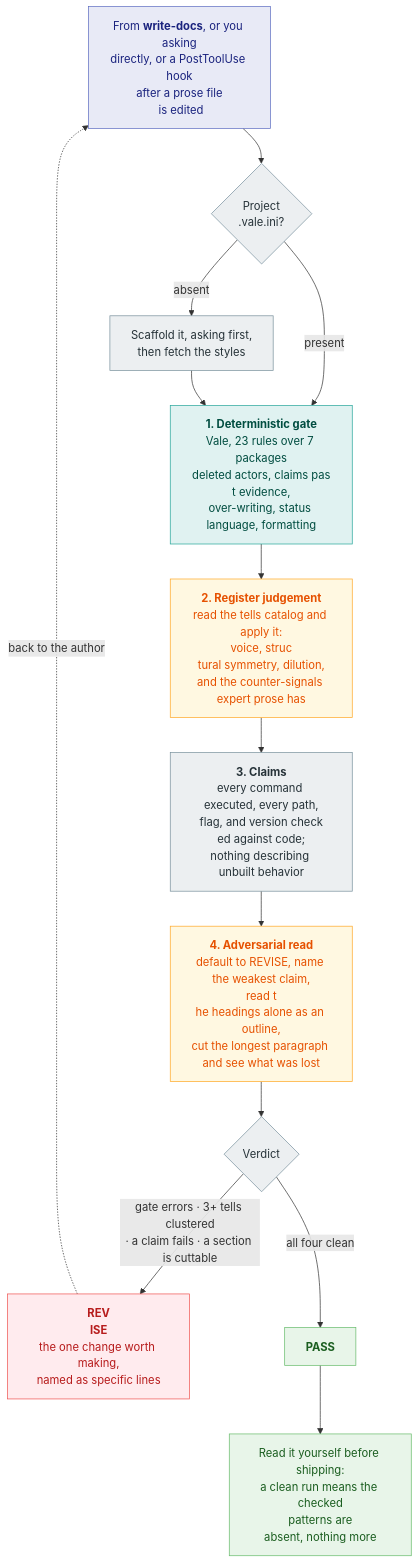
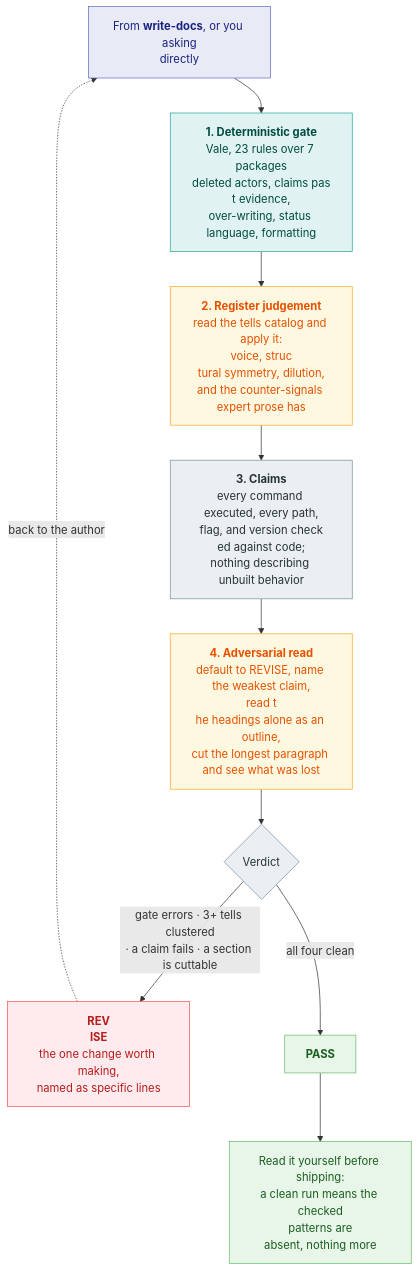
Before and after one commit to srobroek/slopvac: the second of 2 diagrams in README.md, drawn with Mermaid. The commit also changed other lines of this file and 16 other files, not shown here.

````diff
--- a/README.md
+++ b/README.md
@@ -106,46 +97,42 @@
 ```mermaid
 flowchart TD
-    IN["From <b>write-docs</b>, or you asking<br/>directly, or a PostToolUse hook<br/>after a prose file
- is edited"]
+    IN["From <b>write-docs</b>, or you asking<br/>directly"]
 
-    IN --> SETUP{"Project<br/>.vale.ini?"}
-    SETUP -->|absent| SCAFFOLD["Scaffold it, asking first,<br/>then fetch the styles"]
-    SETUP -->|present| GATE
-    SCAFFOLD --> GATE
+    IN --> GATE
 
     GATE["<b>1. Deterministic gate</b><br/>Vale, 23 rules over 7 packages<br/>deleted actors, claims pas
 t evidence,<br/>over-writing, status language, formatting"]
 
     GATE --> REG["<b>2. Register judgement</b><br/>read the tells catalog and apply it:<br/>voice, struc
 tural symmetry, dilution,<br/>and the counter-signals expert prose has"]
 
     REG --> CLAIMS["<b>3. Claims</b><br/>every command executed, every path,<br/>flag, and version check
 ed against code;<br/>nothing describing unbuilt behavior"]
 
     CLAIMS --> CUT["<b>4. Adversarial read</b><br/>default to REVISE, name the weakest claim,<br/>read t
 he headings alone as an outline,<br/>cut the longest paragraph and see what was lost"]
 
     CUT --> V{"Verdict"}
 
     V -->|"gate errors · 3+ tells clustered<br/>· a claim fails · a section is cuttable"| REVISE["<b>REV
 ISE</b><br/>the one change worth making,<br/>named as specific lines"]
     V -->|"all four clean"| PASS["<b>PASS</b>"]
 
     REVISE -.->|back to the author| IN
     PASS --> SHIP["Read it yourself before shipping:<br/>a clean run means the checked<br/>patterns are
 absent, nothing more"]
 
     classDef you fill:#e8eaf6,stroke:#5c6bc0,color:#1a237e
     classDef det fill:#e0f2f1,stroke:#26a69a,color:#004d40
     classDef jud fill:#fff8e1,stroke:#ffa726,color:#e65100
     classDef work fill:#eceff1,stroke:#78909c,color:#263238
     classDef bad fill:#ffebee,stroke:#ef5350,color:#b71c1c
     classDef good fill:#e8f5e9,stroke:#66bb6a,color:#1b5e20
 
     class IN you
     class GATE det
     class REG,CUT jud
-    class CLAIMS,SETUP,SCAFFOLD,V work
+    class CLAIMS,V work
     class REVISE bad
     class PASS,SHIP good
 ```
````
